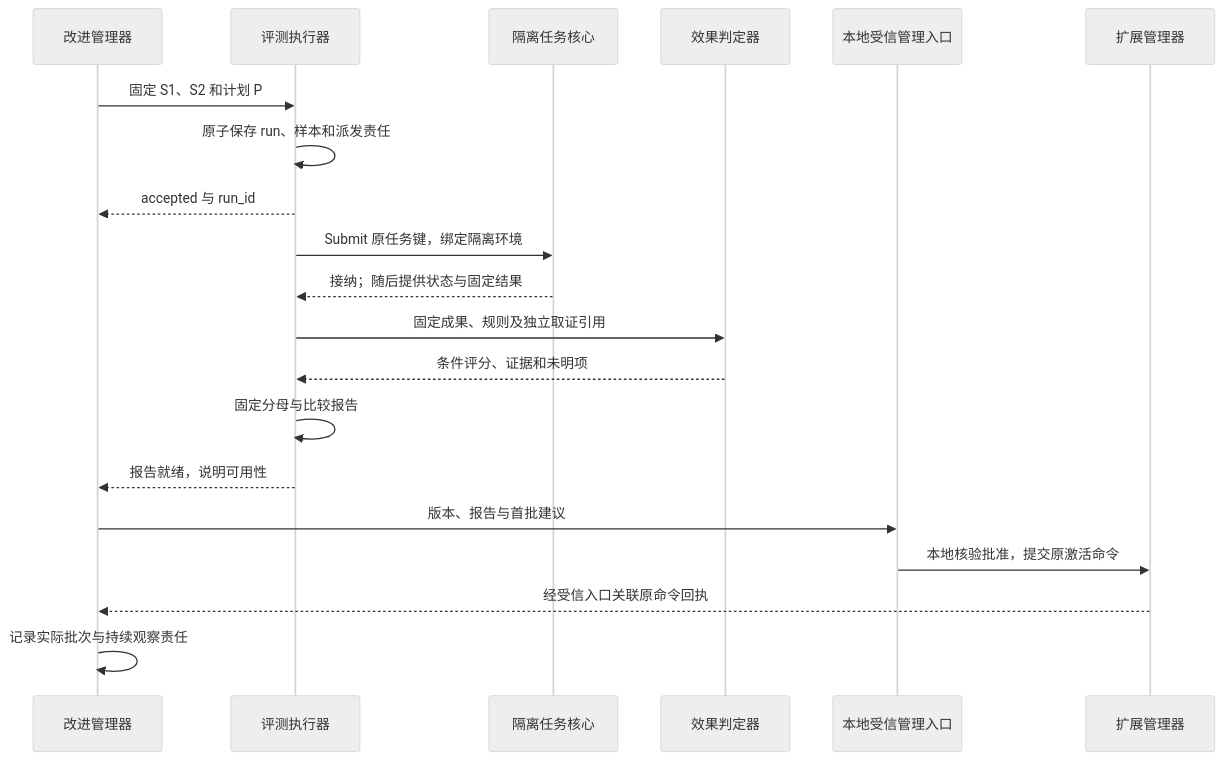
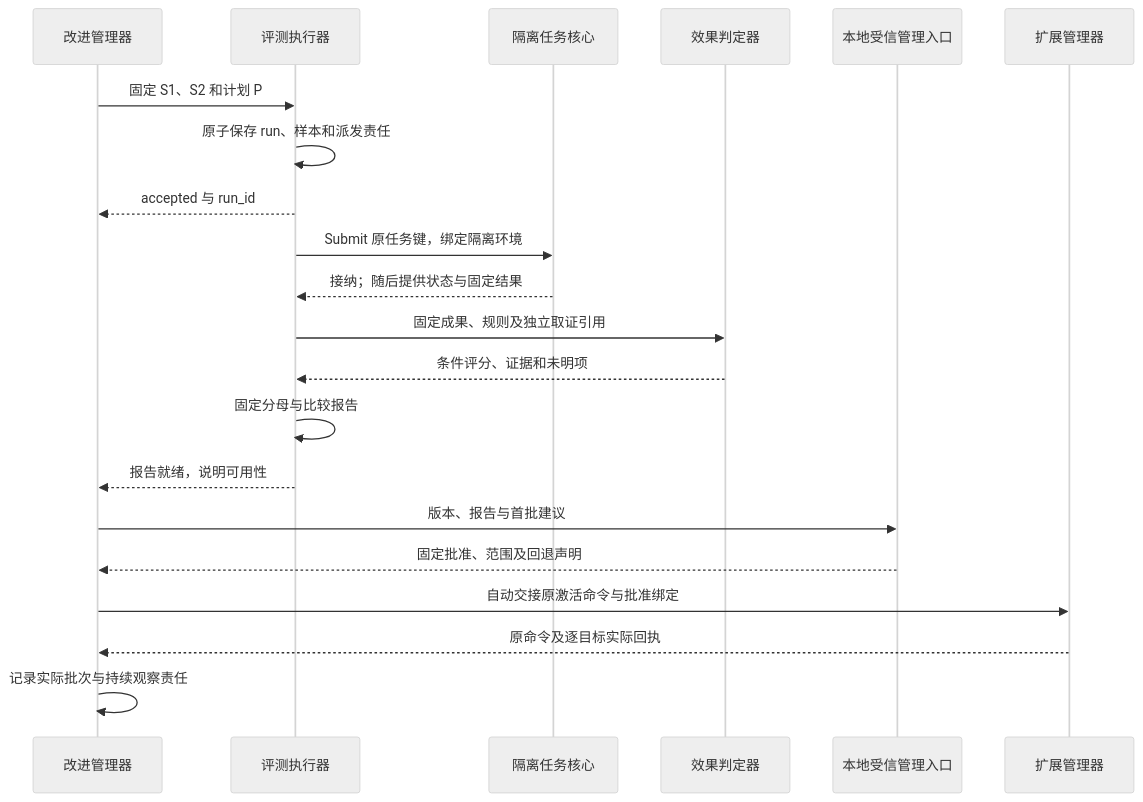
One commit to ruipengliu/lerna changed the second of 2 diagrams in docs/architecture/observation-and-improvement/README.md. Above: the diagram before and after it, drawn with Mermaid (neutral theme). The commit also changed other lines of this file and 91 other files, not shown here.

Commit message:
docs: complete architecture design

````diff
--- a/docs/architecture/observation-and-improvement/README.md
+++ b/docs/architecture/observation-and-improvement/README.md
@@ -71,22 +70,23 @@
 ```mermaid
 sequenceDiagram
     participant M as 改进管理器
     participant E as 评测执行器
     participant K as 隔离任务核心
     participant J as 效果判定器
     participant A as 本地受信管理入口
     participant X as 扩展管理器
     M->>E: 固定 S1、S2 和计划 P
     E->>E: 原子保存 run、样本和派发责任
     E-->>M: accepted 与 run_id
     E->>K: Submit 原任务键，绑定隔离环境
     K-->>E: 接纳；随后提供状态与固定结果
     E->>J: 固定成果、规则及独立取证引用
     J-->>E: 条件评分、证据和未明项
     E->>E: 固定分母与比较报告
     E-->>M: 报告就绪，说明可用性
     M->>A: 版本、报告与首批建议
-    A->>X: 本地核验批准，提交原激活命令
-    X-->>M: 经受信入口关联原命令回执
+    A-->>M: 固定批准、范围及回退声明
+    M->>X: 自动交接原激活命令与批准绑定
+    X-->>M: 原命令及逐目标实际回执
     M->>M: 记录实际批次与持续观察责任
 ```
````
